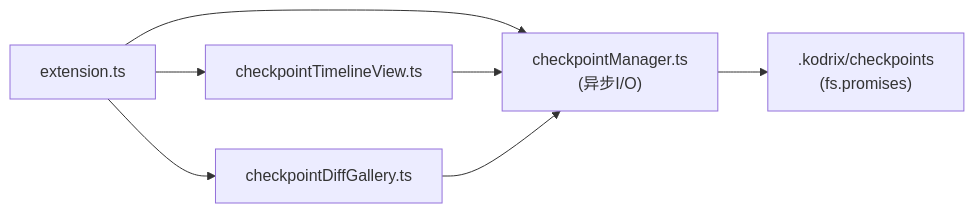
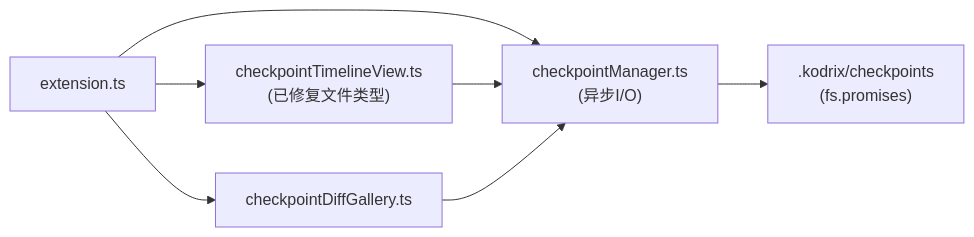
One commit to sofate798/KodrixCode changed the sixth of 6 diagrams in .qoder/repowiki/zh/content/架构设计/Agent 操作系统架构/检查点可视化系统.md. Above: the diagram before and after it, drawn with Mermaid. The commit also changed other lines of this file and 12 other files, not shown here.

````diff
--- a/.qoder/repowiki/zh/content/架构设计/Agent 操作系统架构/检查点可视化系统.md
+++ b/.qoder/repowiki/zh/content/架构设计/Agent 操作系统架构/检查点可视化系统.md
@@ -257,9 +261,9 @@
 ```mermaid
 graph LR
 EXT["extension.ts"] --> MGR["checkpointManager.ts<br/>(异步I/O)"]
-EXT --> TIM["checkpointTimelineView.ts"]
+EXT --> TIM["checkpointTimelineView.ts<br/>(已修复文件类型)"]
 EXT --> GAL["checkpointDiffGallery.ts"]
 TIM --> MGR
 GAL --> MGR
 MGR --> FS[".kodrix/checkpoints<br/>(fs.promises)"]
 ```
````
